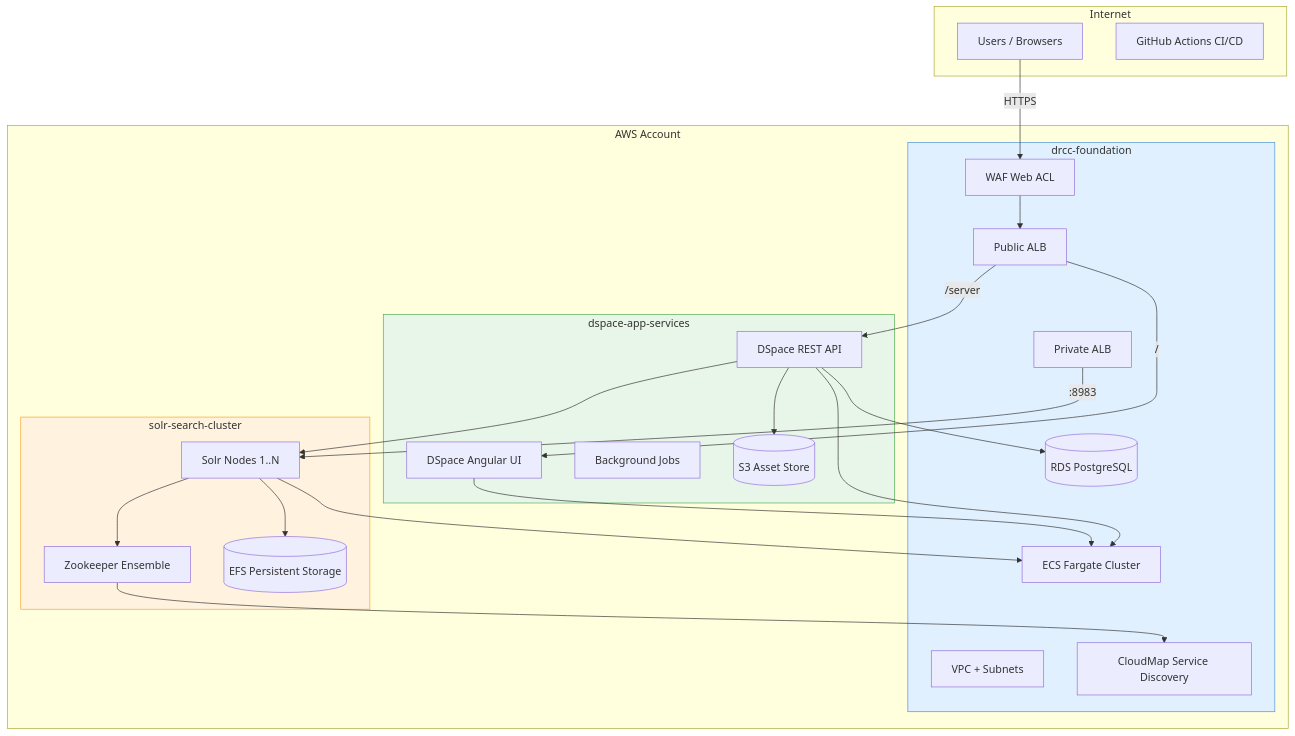
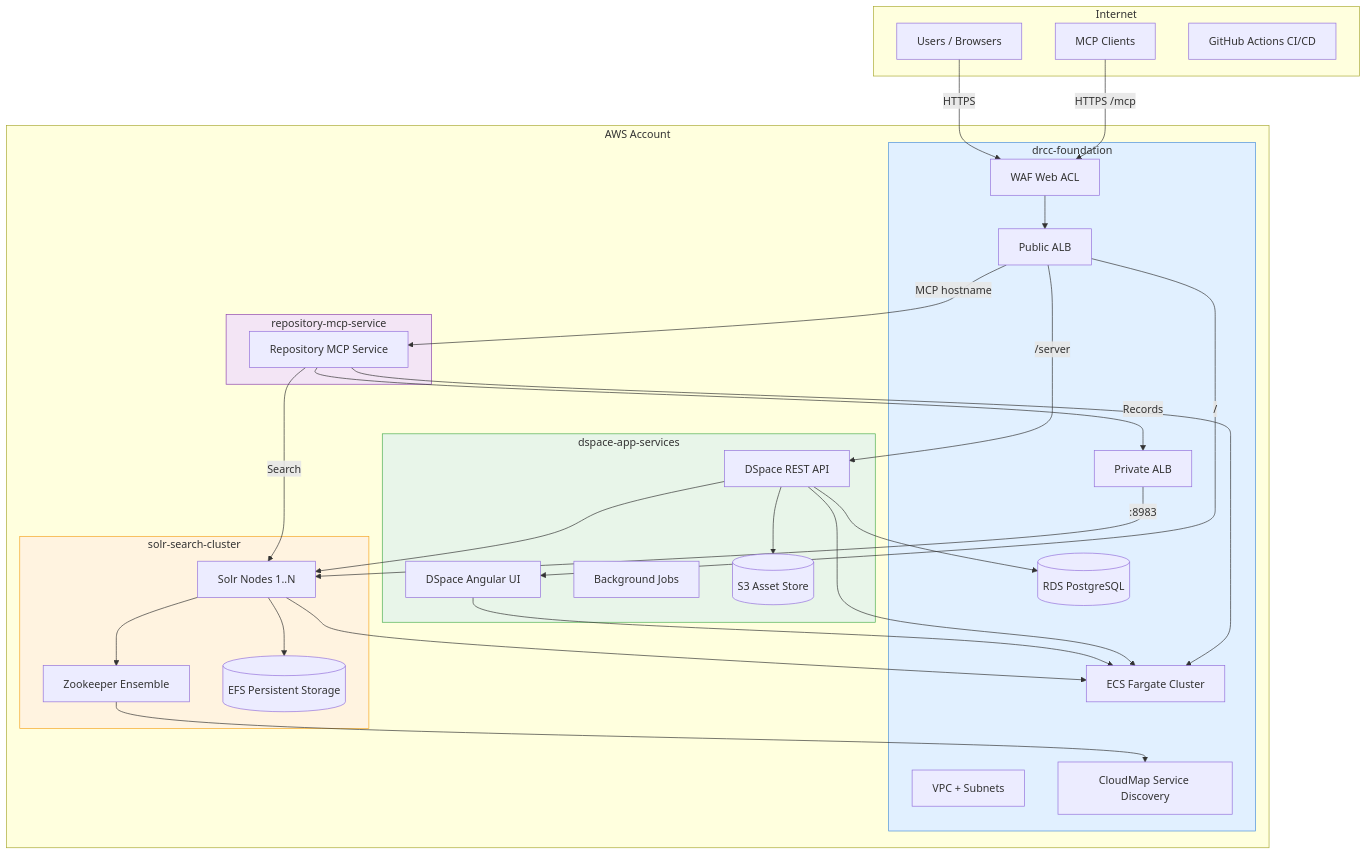
The diagram in README.md (jhu-library-devops/terraform-aws-jhu-drcc), drawn with Mermaid before and after one commit. The commit also changed other lines of this file and 1 other file, not shown here.

Commit message:
docs: update module catalog and architecture diagram for Repository MCP
Add repository-mcp-service to the module table, examples table, and
architecture Mermaid diagram. Add .DS_Store to .gitignore.

````diff
--- a/README.md
+++ b/README.md
@@ -16,50 +17,61 @@
 ```mermaid
 graph TB
     subgraph Internet
         Users[Users / Browsers]
+        MCPClients[MCP Clients]
         GH[GitHub Actions CI/CD]
     end
 
     subgraph AWS["AWS Account"]
         subgraph Foundation["drcc-foundation"]
             VPC[VPC + Subnets]
             PubALB[Public ALB]
             PrivALB[Private ALB]
             ECS[ECS Fargate Cluster]
             RDS[(RDS PostgreSQL)]
             WAF[WAF Web ACL]
             CloudMap[CloudMap Service Discovery]
         end
 
         subgraph Solr["solr-search-cluster"]
             SolrNodes[Solr Nodes 1..N]
             ZKNodes[Zookeeper Ensemble]
             SolrEFS[(EFS Persistent Storage)]
         end
 
         subgraph DSpace["dspace-app-services"]
             Angular[DSpace Angular UI]
             API[DSpace REST API]
             Jobs[Background Jobs]
             S3[(S3 Asset Store)]
         end
+
+        subgraph RepositoryMCP["repository-mcp-service"]
+            MCP[Repository MCP Service]
+        end
     end
 
     Users -->|HTTPS| WAF --> PubALB
+    MCPClients -->|HTTPS /mcp| WAF
     PubALB -->|/| Angular
     PubALB -->|/server| API
+    PubALB -->|MCP hostname| MCP
     PrivALB -->|:8983| SolrNodes
+    MCP -->|Search| SolrNodes
+    MCP -->|Records| PrivALB
     API --> RDS
     API --> SolrNodes
     API --> S3
     SolrNodes --> ZKNodes
     SolrNodes --> SolrEFS
     ZKNodes --> CloudMap
     Angular --> ECS
     API --> ECS
     SolrNodes --> ECS
+    MCP --> ECS
 
     style Foundation fill:#e1f0ff,stroke:#4a90d9
     style Solr fill:#fff3e0,stroke:#f5a623
     style DSpace fill:#e8f5e9,stroke:#4caf50
+    style RepositoryMCP fill:#f3e5f5,stroke:#8e44ad
 ```
````
